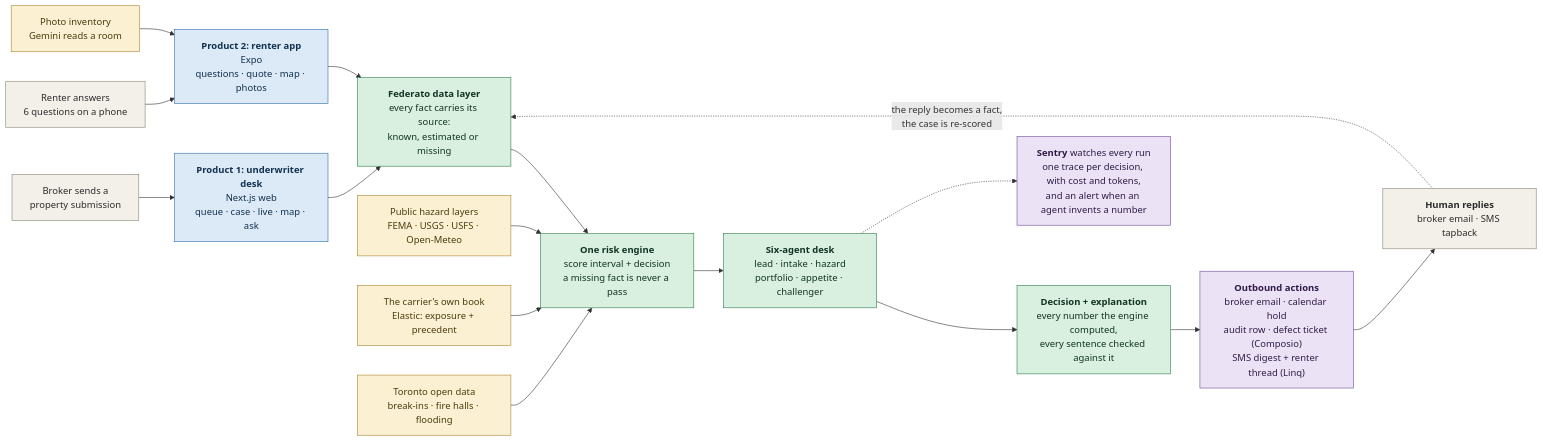
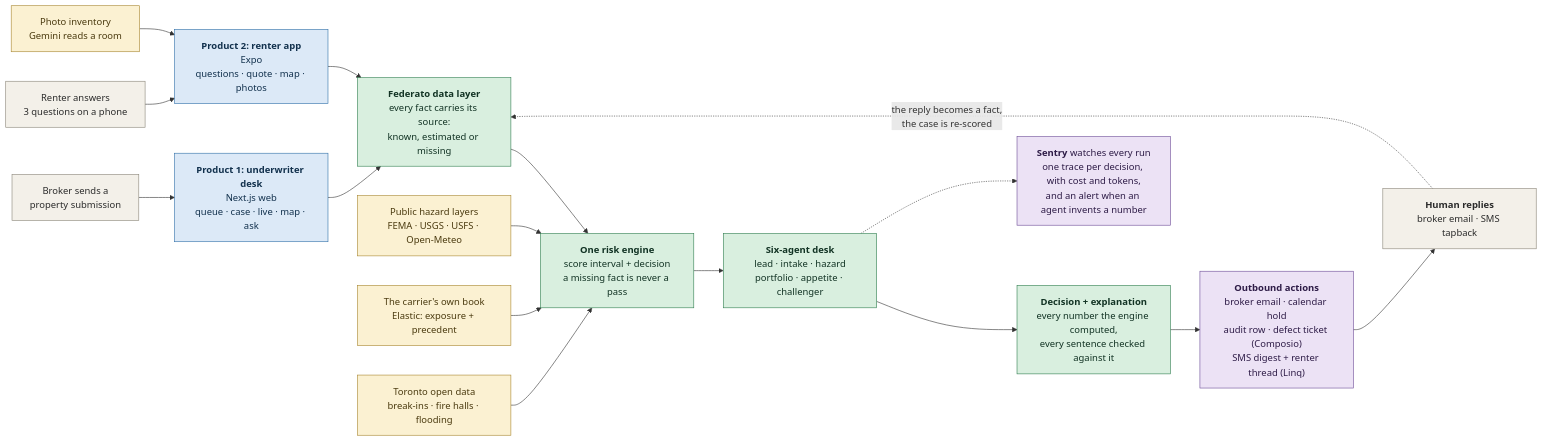
Before and after one commit to benz16107/pixie-htn2026: the first of 3 diagrams in docs/ARCHITECTURE.md, drawn with Mermaid. The commit also changed 7 other files, not shown here.

````diff
--- a/docs/ARCHITECTURE.md
+++ b/docs/ARCHITECTURE.md
@@ -21,45 +21,45 @@
 ```mermaid
 flowchart LR
   broker["Broker sends a<br/>property submission"]
-  renter["Renter answers<br/>6 questions on a phone"]
+  renter["Renter answers<br/>3 questions on a phone"]
   web["<b>Product 1: underwriter desk</b><br/>Next.js web<br/>queue · case · live · map · ask"]
   expo["<b>Product 2: renter app</b><br/>Expo<br/>questions · quote · map · photos"]
   facts["<b>Federato data layer</b><br/>every fact carries its source:<br/>known, estimated or missing"]
   hazard["Public hazard layers<br/>FEMA · USGS · USFS · Open-Meteo"]
   book["The carrier's own book<br/>Elastic: exposure + precedent"]
   city["Toronto open data<br/>break-ins · fire halls · flooding"]
   photos["Photo inventory<br/>Gemini reads a room"]
   engine["<b>One risk engine</b><br/>score interval + decision<br/>a missing fact is never a pass"]
   desk["<b>Six-agent desk</b><br/>lead · intake · hazard<br/>portfolio · appetite · challenger"]
   decision["<b>Decision + explanation</b><br/>every number the engine computed,<br/>every sentence checked against it"]
   actions["<b>Outbound actions</b><br/>broker email · calendar hold<br/>audit row · defect ticket (Composio)<br/>SMS digest + renter thread (Linq)"]
   human["<b>Human replies</b><br/>broker email · SMS tapback"]
   sentry["<b>Sentry</b> watches every run<br/>one trace per decision, with cost and tokens,<br/>and an alert when an agent invents a number"]
 
   broker --> web
   renter --> expo
   photos --> expo
   web --> facts
   expo --> facts
   facts --> engine
   hazard --> engine
   book --> engine
   city --> engine
   engine --> desk
   desk --> decision
   decision --> actions
   actions --> human
   human -. "the reply becomes a fact,<br/>the case is re-scored" .-> facts
   desk -.-> sentry
 
   classDef person fill:#f3f0e9,stroke:#8a8578,color:#2b2b2b
   classDef product fill:#dce9f7,stroke:#2f6fa8,color:#12314d
   classDef core fill:#d9efdf,stroke:#2f7d4f,color:#123324
   classDef enrich fill:#fbf1d2,stroke:#a8862f,color:#4a3a0f
   classDef out fill:#ece2f5,stroke:#6b4a96,color:#2e1c47
   class broker,renter,human person
   class web,expo product
   class facts,engine,desk,decision core
   class hazard,book,city,photos enrich
   class actions,sentry out
 ```
````
